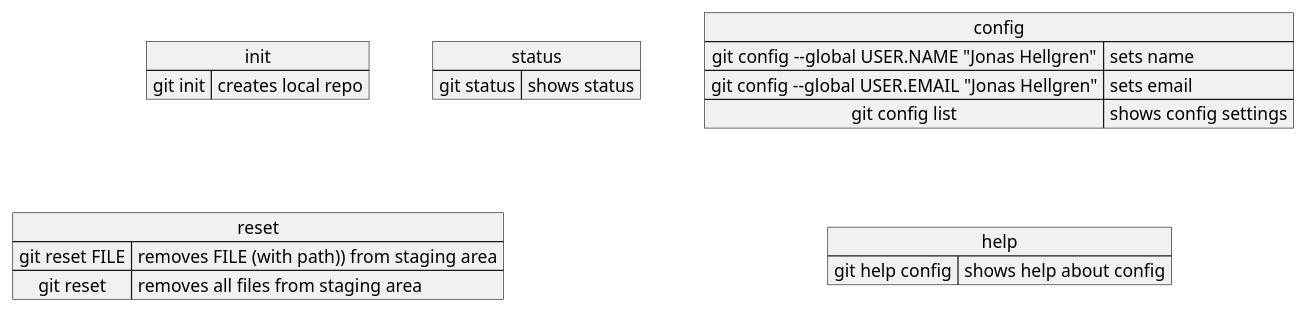
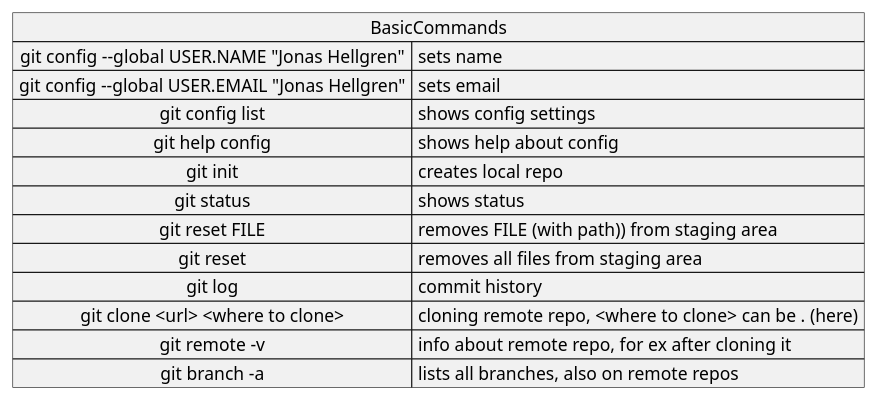
One commit to JonasHellgren/GitCommands changed the diagram in src/documentation/GitCommands.puml. Above: the diagram before and after it, drawn with PlantUML.

Commit message:
2nd version

```diff
--- a/src/documentation/GitCommands.puml
+++ b/src/documentation/GitCommands.puml
@@ -1,29 +1,20 @@
 @startuml
-map config {
+map BasicCommands {
  git config --global USER.NAME "Jonas Hellgren" => sets name
  git config --global USER.EMAIL "Jonas Hellgren" => sets email
  git config list => shows config settings
+ git help config  => shows help about config
+ git init  => creates local repo
+ git status  => shows status
+ git reset FILE  => removes FILE (with path)) from staging area
+ git reset   => removes all files from staging area
+ git log   => commit history
+ git clone <url> <where to clone>  => cloning remote repo, <where to clone> can be . (here)
+ git remote -v  => info about remote repo, for ex after cloning it
+ git branch -a  => lists all branches, also on remote repos
 }
 
-
-map help {
- git help config  => shows help about config
-}
-
-map init {
- git init  => creates local repo
- }
-
-map status {
- git status  => shows status
-}
-
-map reset {
- git reset FILE  => removes FILE (with path)) from staging area
- git reset   => removes all files from staging area
-}
-
-config --[hidden]> help
+BasicCommands --[hidden]> BasicCommands
 
 
 @enduml
```
